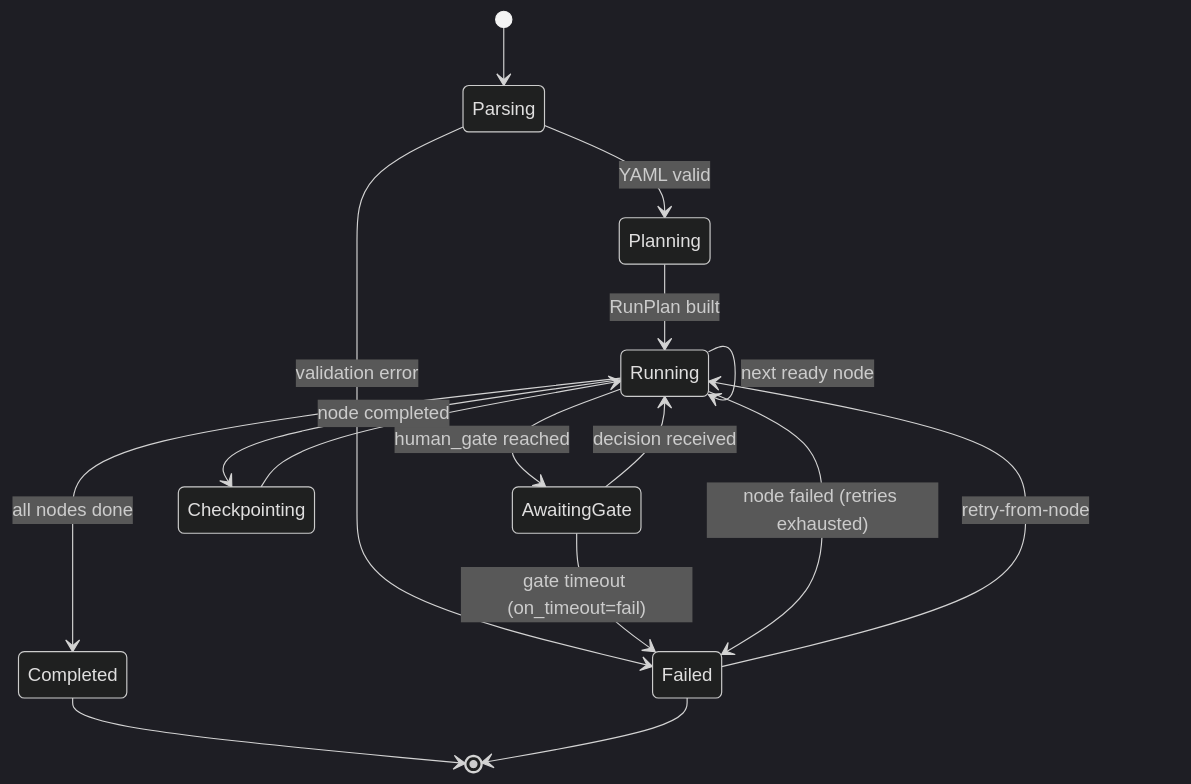
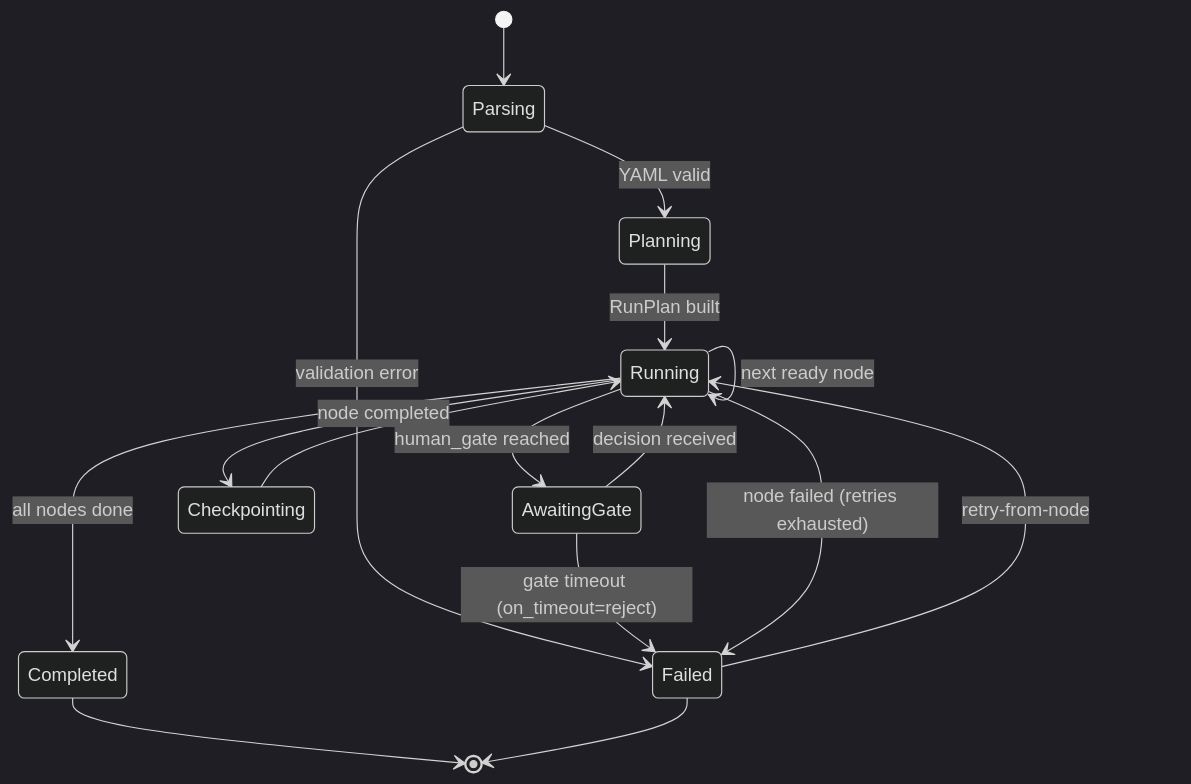
One commit to HodeTech/Relavium changed the diagram in docs/architecture/execution-model.md. Above: the diagram before and after it, drawn with Mermaid (dark theme). The commit also changed other lines of this file and 38 other files, not shown here.

````diff
--- a/docs/architecture/execution-model.md
+++ b/docs/architecture/execution-model.md
@@ -11,18 +11,18 @@
 ```mermaid
 stateDiagram-v2
     [*] --> Parsing
     Parsing --> Planning: YAML valid
     Parsing --> Failed: validation error
     Planning --> Running: RunPlan built
     Running --> Running: next ready node
     Running --> AwaitingGate: human_gate reached
     AwaitingGate --> Running: decision received
-    AwaitingGate --> Failed: gate timeout (on_timeout=fail)
+    AwaitingGate --> Failed: gate timeout (on_timeout=reject)
     Running --> Checkpointing: node completed
     Checkpointing --> Running
     Running --> Completed: all nodes done
     Running --> Failed: node failed (retries exhausted)
     Failed --> Running: retry-from-node
     Completed --> [*]
     Failed --> [*]
 ```
````
